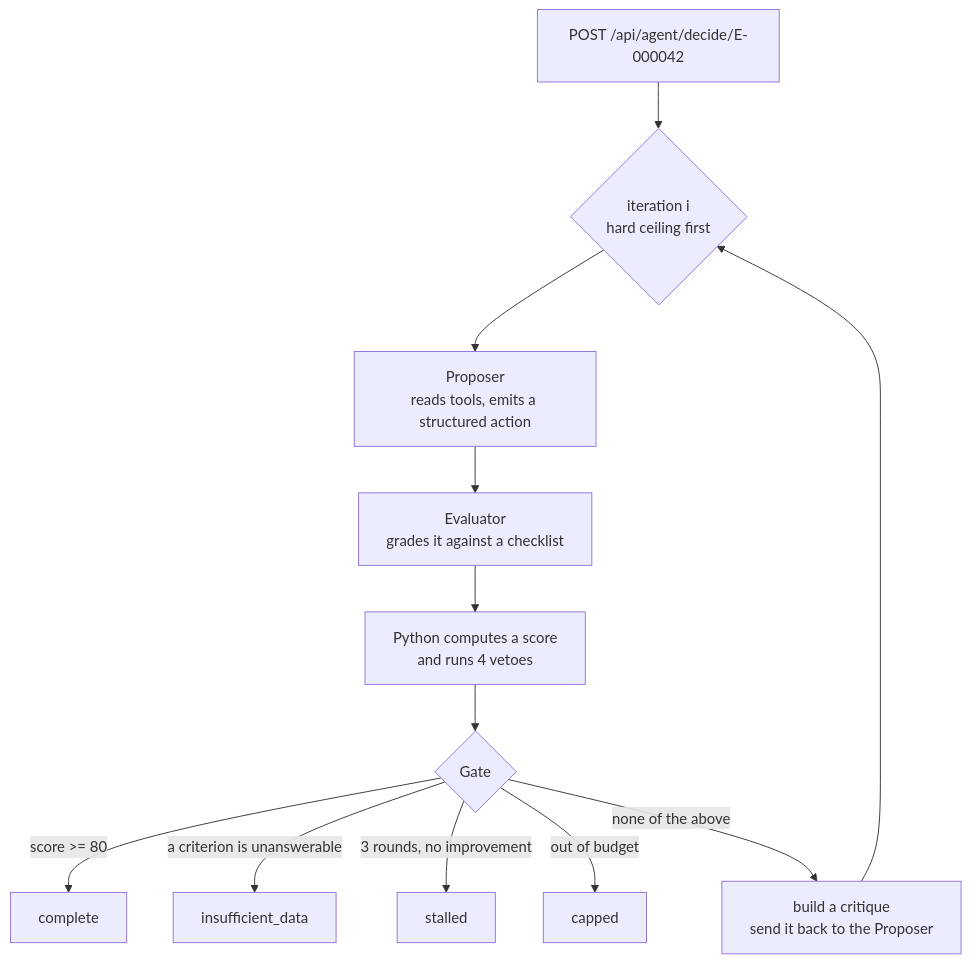
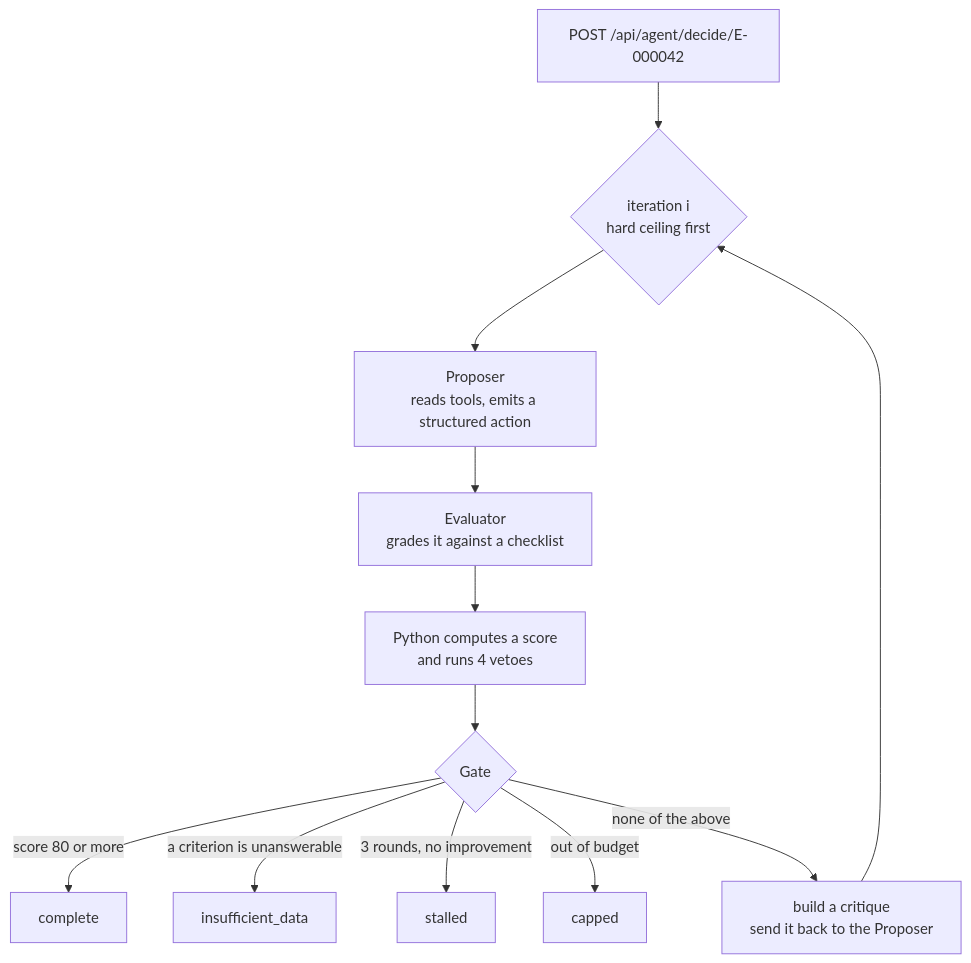
The fifth of 8 diagrams in docs/agent_walkthrough.md (rohan-g0re/statusneo.reconcilation_engine), drawn with Mermaid before and after one commit. The commit also changed other lines of this file and 6 other files, not shown here.

````diff
--- a/docs/agent_walkthrough.md
+++ b/docs/agent_walkthrough.md
@@ -384,14 +408,14 @@
 ```mermaid
 flowchart TD
   START["POST /api/agent/decide/E-000042"] --> LOOP{"iteration i<br/>hard ceiling first"}
   LOOP --> P["Proposer<br/>reads tools, emits a structured action"]
   P --> E["Evaluator<br/>grades it against a checklist"]
   E --> S["Python computes a score<br/>and runs 4 vetoes"]
   S --> G{"Gate"}
-  G -->|"score >= 80"| DONE["complete"]
+  G -->|"score 80 or more"| DONE["complete"]
   G -->|"a criterion is unanswerable"| ID["insufficient_data"]
   G -->|"3 rounds, no improvement"| ST["stalled"]
   G -->|"out of budget"| CAP["capped"]
   G -->|"none of the above"| CRIT["build a critique<br/>send it back to the Proposer"]
   CRIT --> LOOP
 ```
````
